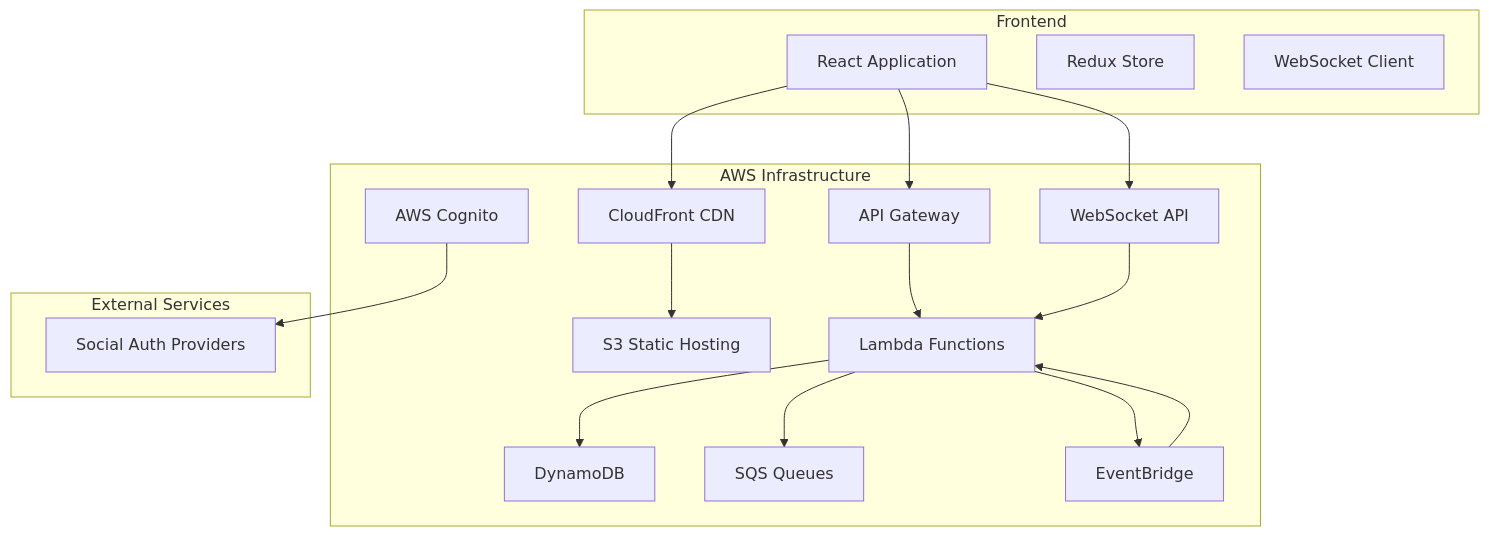
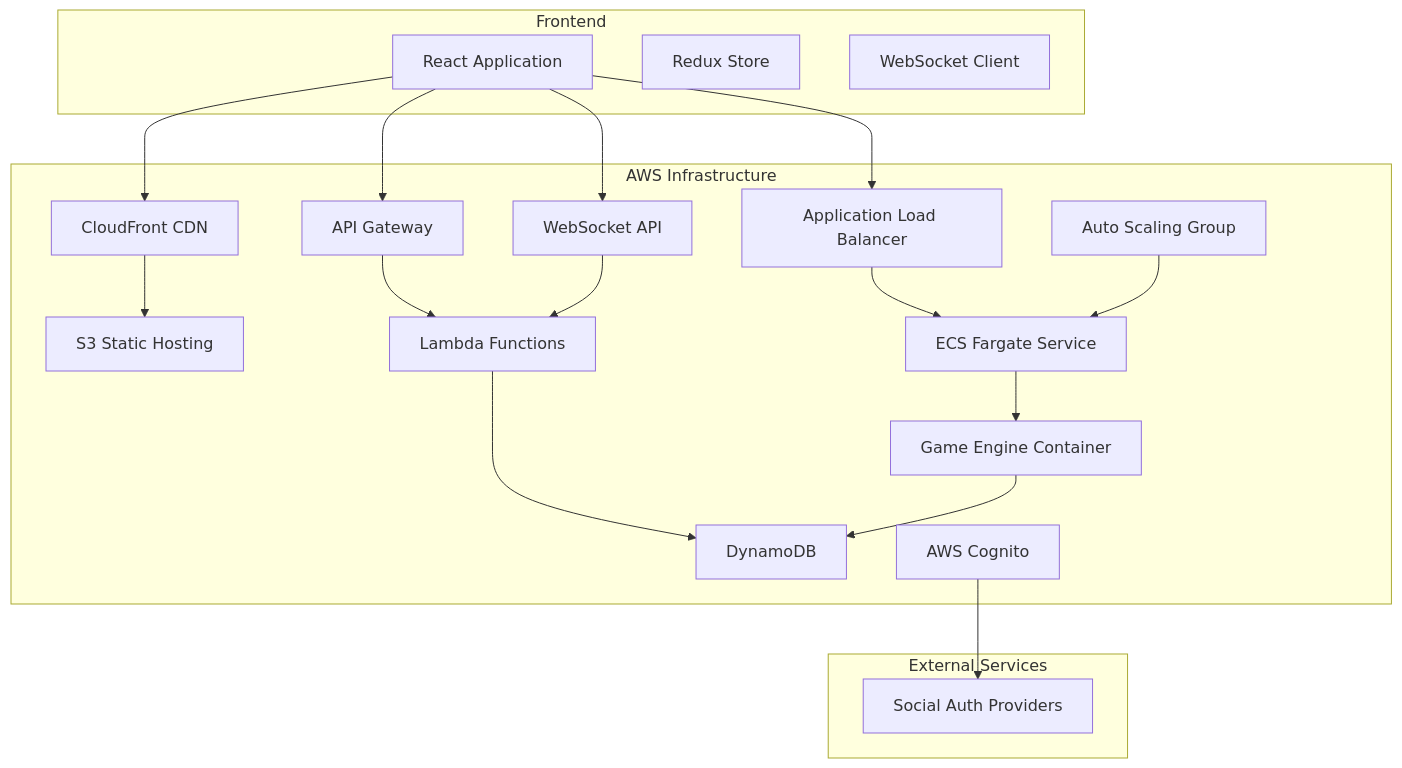
The diagram in .kiro/specs/steampunk-idle-game/design.md (macaw2000/steampunkidle), drawn with Mermaid before and after one commit. The commit also changed other lines of this file and 77 other files, not shown here.

````diff
--- a/.kiro/specs/steampunk-idle-game/design.md
+++ b/.kiro/specs/steampunk-idle-game/design.md
@@ -13,36 +20,40 @@
 ```mermaid
 graph TB
     subgraph "Frontend"
         React[React Application]
         Redux[Redux Store]
         WS[WebSocket Client]
     end
     
     subgraph "AWS Infrastructure"
         CF[CloudFront CDN]
         S3[S3 Static Hosting]
         APIGW[API Gateway]
         Lambda[Lambda Functions]
         DDB[DynamoDB]
         Cognito[AWS Cognito]
         WSS[WebSocket API]
-        SQS[SQS Queues]
-        EventBridge[EventBridge]
+        ALB[Application Load Balancer]
+        ECS[ECS Fargate Service]
+        GameEngine[Game Engine Container]
+        ASG[Auto Scaling Group]
     end
     
     subgraph "External Services"
         Social[Social Auth Providers]
     end
     
     React --> CF
     CF --> S3
     React --> APIGW
     React --> WSS
+    React --> ALB
     APIGW --> Lambda
     WSS --> Lambda
+    ALB --> ECS
+    ECS --> GameEngine
     Lambda --> DDB
-    Lambda --> SQS
-    Lambda --> EventBridge
+    GameEngine --> DDB
+    ASG --> ECS
     Cognito --> Social
-    EventBridge --> Lambda
 ```
````
